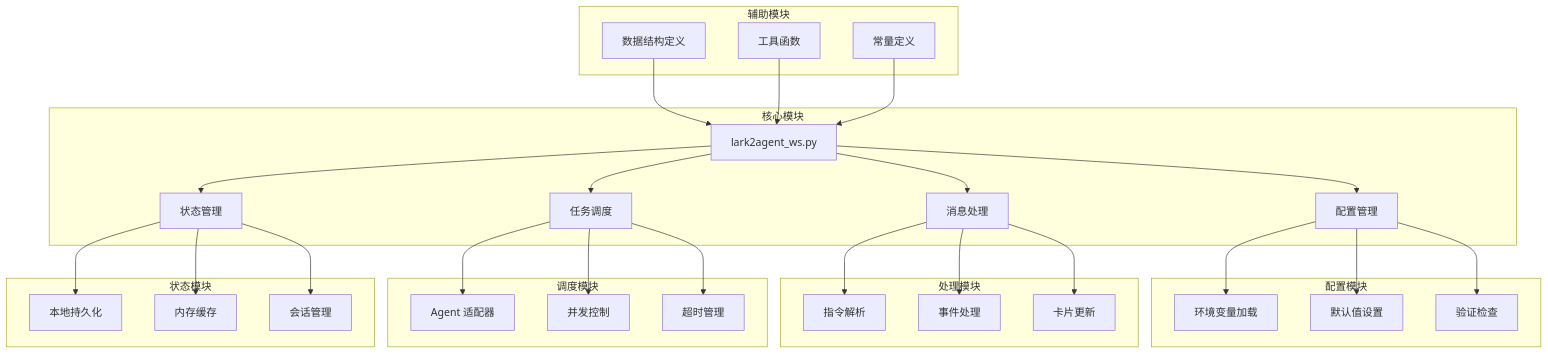
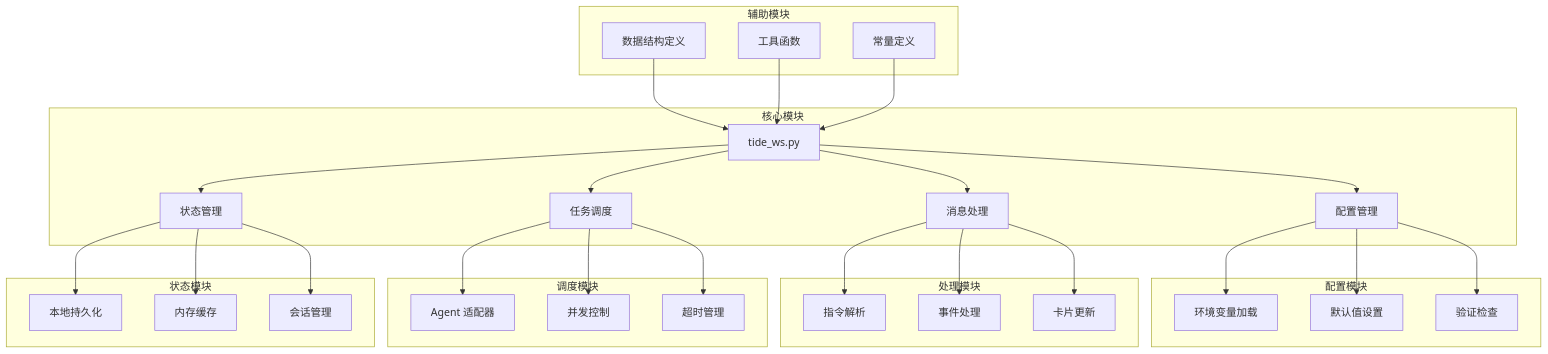
One commit to winditer/tide changed the eighth of 8 diagrams in .qoder/repowiki/zh/content/快速开始.md. Above: the diagram before and after it, drawn with Mermaid. The commit also changed other lines of this file and 260 other files, not shown here.

````diff
--- a/.qoder/repowiki/zh/content/快速开始.md
+++ b/.qoder/repowiki/zh/content/快速开始.md
@@ -451,34 +451,34 @@
 ```mermaid
 graph TB
 subgraph "核心模块"
-A[lark2agent_ws.py] --> B[配置管理]
+A[tide_ws.py] --> B[配置管理]
 A --> C[消息处理]
 A --> D[任务调度]
 A --> E[状态管理]
 end
 subgraph "辅助模块"
 F[数据结构定义] --> A
 G[工具函数] --> A
 H[常量定义] --> A
 end
 subgraph "配置模块"
 B --> I[环境变量加载]
 B --> J[默认值设置]
 B --> K[验证检查]
 end
 subgraph "处理模块"
 C --> L[指令解析]
 C --> M[事件处理]
 C --> N[卡片更新]
 end
 subgraph "调度模块"
 D --> O[Agent 适配器]
 D --> P[并发控制]
 D --> Q[超时管理]
 end
 subgraph "状态模块"
 E --> R[本地持久化]
 E --> S[内存缓存]
 E --> T[会话管理]
 end
 ```
````
